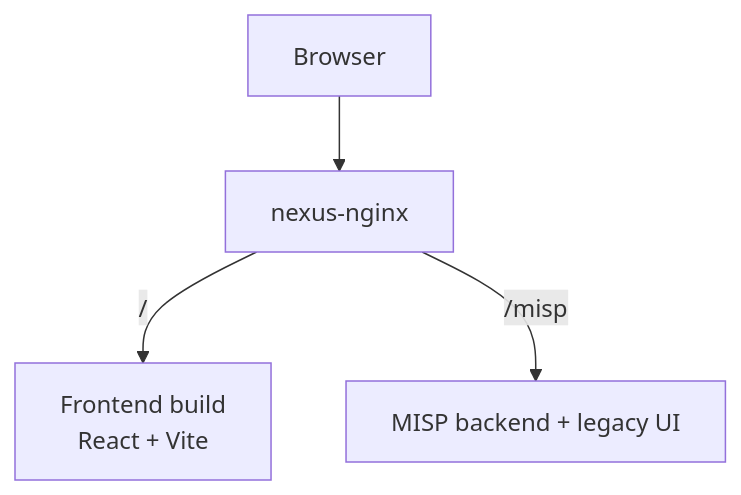
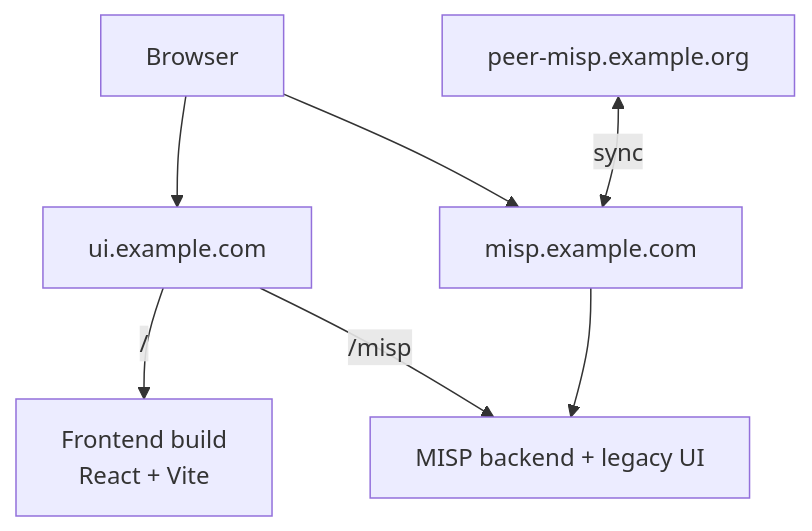
One commit to NontasBak/misp-nexus changed the diagram in README.md. Above: the diagram before and after it, drawn with Mermaid. The commit also changed other lines of this file, not shown here.

Commit message:
feat: update MISP instance synchronization plan

````diff
--- a/README.md
+++ b/README.md
@@ -13,11 +18,16 @@
 ```mermaid
 flowchart TB
     Browser[Browser]
-    Nginx[nexus-nginx]
+    Ui[ui.example.com]
+    Misp[misp.example.com]
+    Peer[peer-misp.example.org]
     Frontend[Frontend build\nReact + Vite]
     Backend[MISP backend + legacy UI]
 
-    Browser --> Nginx
-    Nginx -->|/| Frontend
-    Nginx -->|/misp| Backend
+    Browser --> Ui
+    Browser --> Misp
+    Ui -->|/| Frontend
+    Ui -->|/misp| Backend
+    Misp --> Backend
+    Peer <-->|sync| Misp
 ```
````
